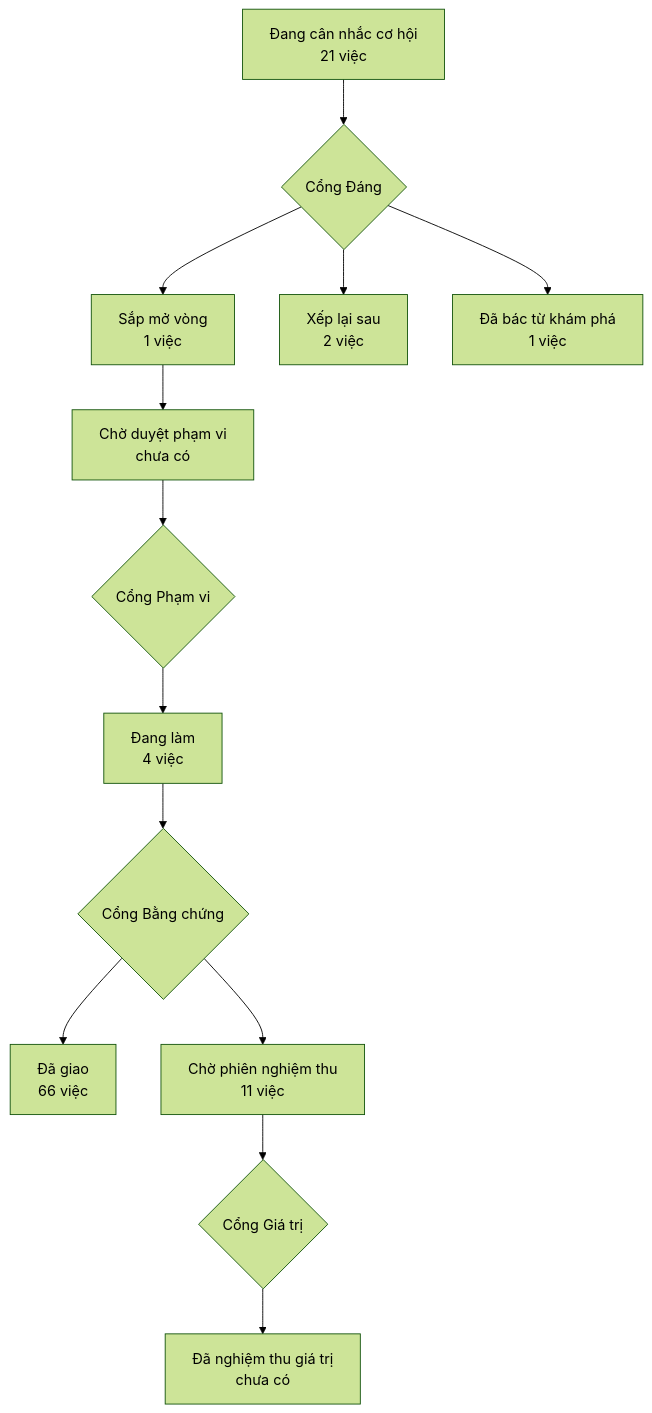
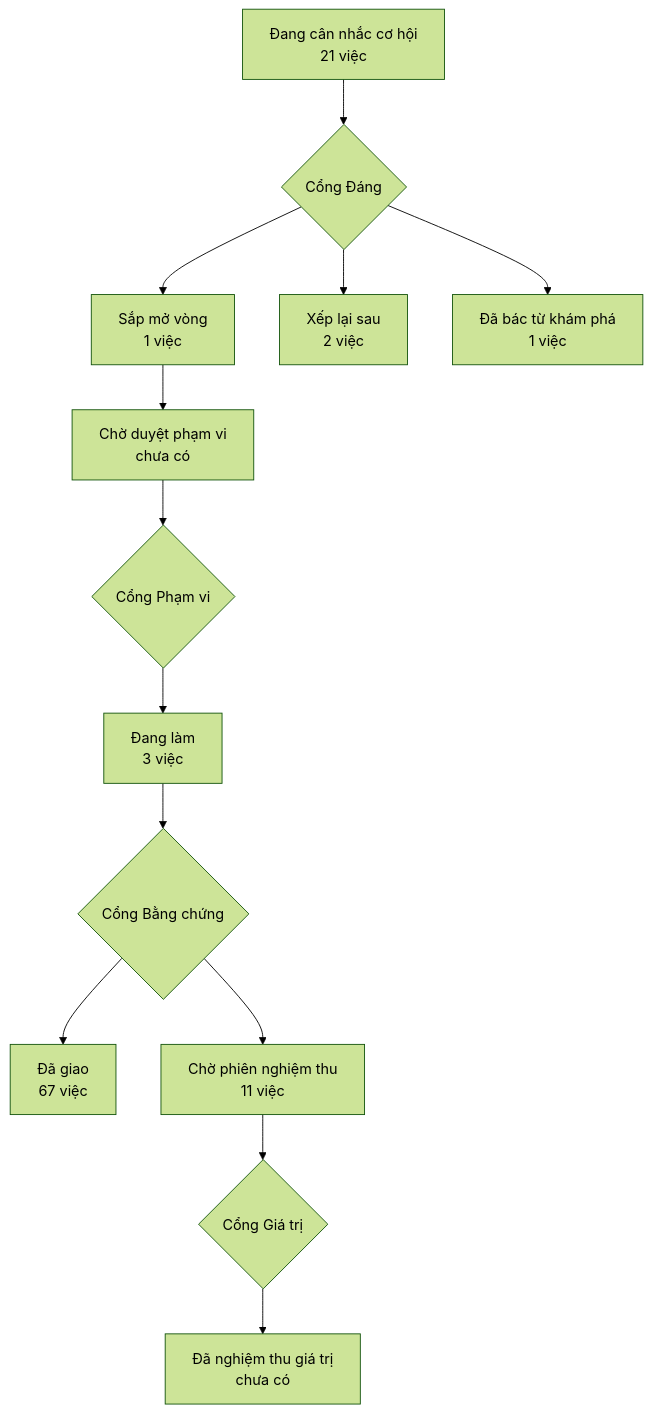
Before and after one commit to phanlemanh/acceptance-gate-kit: the diagram in PRODUCT-MAP.md, drawn with Mermaid (forest theme). The commit also changed 4 other files, not shown here.

````diff
--- a/PRODUCT-MAP.md
+++ b/PRODUCT-MAP.md
@@ -6,12 +6,12 @@
 ```mermaid
 flowchart TD
   A["Đang cân nhắc cơ hội<br/>21 việc"] --> GD{"Cổng Đáng"}
   GD --> B["Sắp mở vòng<br/>1 việc"]
   GD --> XL["Xếp lại sau<br/>2 việc"]
   GD --> DB["Đã bác từ khám phá<br/>1 việc"]
   B --> CD["Chờ duyệt phạm vi<br/>chưa có"] --> GP{"Cổng Phạm vi"}
-  GP --> DL["Đang làm<br/>4 việc"] --> GB{"Cổng Bằng chứng"}
-  GB --> DG["Đã giao<br/>66 việc"]
+  GP --> DL["Đang làm<br/>3 việc"] --> GB{"Cổng Bằng chứng"}
+  GB --> DG["Đã giao<br/>67 việc"]
   GB --> CN["Chờ phiên nghiệm thu<br/>11 việc"] --> GG{"Cổng Giá trị"}
   GG --> NT["Đã nghiệm thu giá trị<br/>chưa có"]
 ```
````
